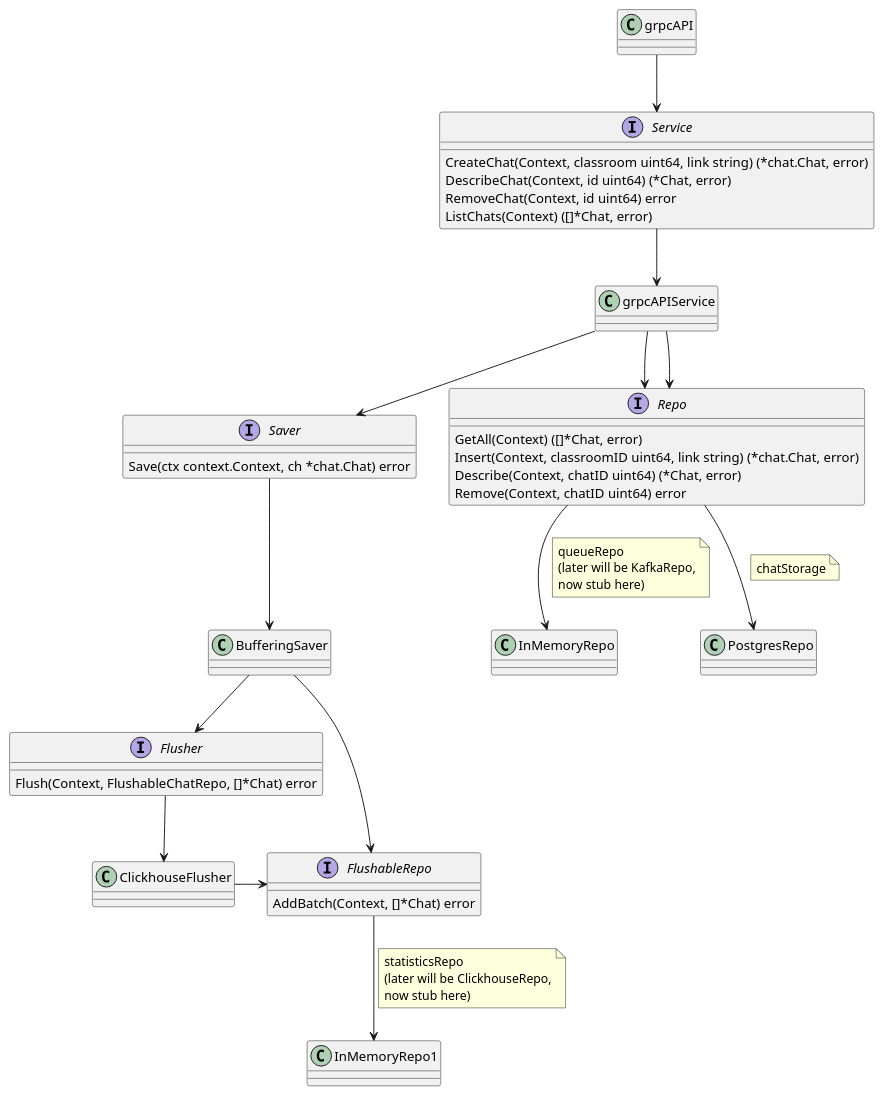
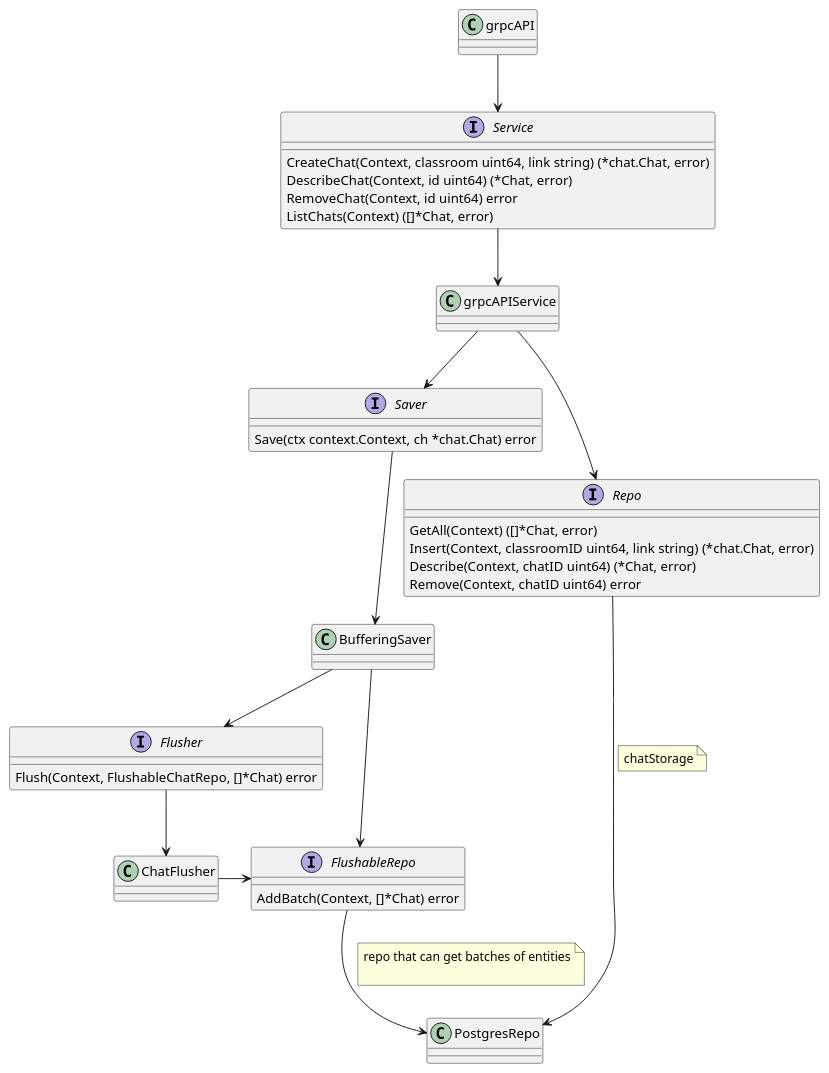
Before and after one commit to ozoncp/ocp-chat-api: the diagram in docs/scheme.puml, drawn with PlantUML.

```diff
--- a/docs/scheme.puml
+++ b/docs/scheme.puml
@@ -1,62 +1,60 @@
 @startuml
 
 interface Service {
 	CreateChat(Context, classroom uint64, link string) (*chat.Chat, error)
 	DescribeChat(Context, id uint64) (*Chat, error)
 	RemoveChat(Context, id uint64) error
 	ListChats(Context) ([]*Chat, error)
 
 }
 
 interface Saver {
     Save(ctx context.Context, ch *chat.Chat) error
 }
 
 interface Flusher {
     Flush(Context, FlushableChatRepo, []*Chat) error
 }
 
 interface FlushableRepo {
     AddBatch(Context, []*Chat) error
 }
 interface Repo {
     GetAll(Context) ([]*Chat, error)
 	Insert(Context, classroomID uint64, link string) (*chat.Chat, error)
 	Describe(Context, chatID uint64) (*Chat, error)
 	Remove(Context, chatID uint64) error
 }
 
 grpcAPI --> Service
 Service --> grpcAPIService
 'clickhouse
 grpcAPIService --> Saver
 Saver --> BufferingSaver
 BufferingSaver --> Flusher
 BufferingSaver --> FlushableRepo
-Flusher --> ClickhouseFlusher
-ClickhouseFlusher -> FlushableRepo
-FlushableRepo --> InMemoryRepo1
+Flusher --> ChatFlusher
+ChatFlusher -> FlushableRepo
+FlushableRepo --> PostgresRepo
 note right on link
-statisticsRepo
-(later will be ClickhouseRepo,
-now stub here)
+repo that can get batches of entities
+
 end note
 
 
 'postgres chat storage
 grpcAPIService --> Repo
 Repo --> PostgresRepo
 note right on link
 chatStorage
 end note
-
-'kafka
-grpcAPIService --> Repo
-Repo --> InMemoryRepo
-note right on link
-queueRepo
-(later will be KafkaRepo,
-now stub here)
-end note
+'
+''kafka
+'Repo --> InMemoryRepo
+'note right on link
+'queueRepo
+'(later will be KafkaRepo,
+'now stub here)
+'end note
 
 @enduml
```
